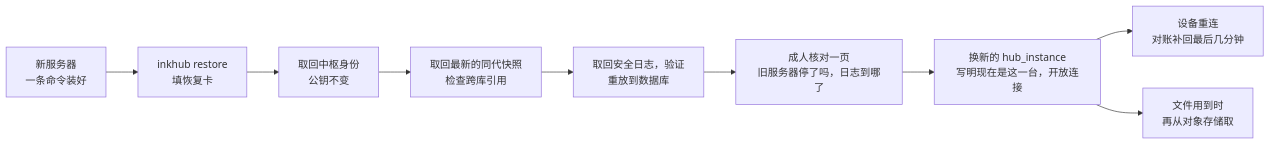
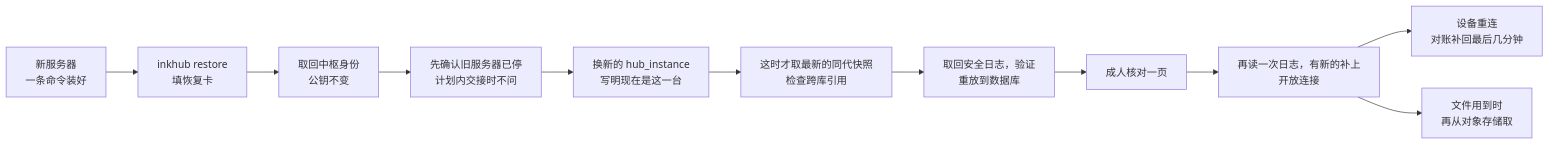
The fifth of 19 diagrams in docs/hub/hub-architecture.md (Gidean-zcx/ink), drawn with Mermaid before and after one commit. The commit also changed other lines of this file and 14 other files, not shown here.

````diff
--- a/docs/hub/hub-architecture.md
+++ b/docs/hub/hub-architecture.md
@@ -396,11 +396,13 @@
 ```mermaid
 flowchart LR
   A["新服务器<br/>一条命令装好"] --> B["inkhub restore<br/>填恢复卡"]
   B --> C["取回中枢身份<br/>公钥不变"]
-  C --> D["取回最新的同代快照<br/>检查跨库引用"]
+  C --> Q["先确认旧服务器已停<br/>计划内交接时不问"]
+  Q --> F["换新的 hub_instance<br/>写明现在是这一台"]
+  F --> D["这时才取最新的同代快照<br/>检查跨库引用"]
   D --> E["取回安全日志，验证<br/>重放到数据库"]
-  E --> I["成人核对一页<br/>旧服务器停了吗，日志到哪了"]
-  I --> F["换新的 hub_instance<br/>写明现在是这一台，开放连接"]
-  F --> G["设备重连<br/>对账补回最后几分钟"]
-  F --> H["文件用到时<br/>再从对象存储取"]
+  E --> I["成人核对一页"]
+  I --> J["再读一次日志，有新的补上<br/>开放连接"]
+  J --> G["设备重连<br/>对账补回最后几分钟"]
+  J --> H["文件用到时<br/>再从对象存储取"]
 ```
````
